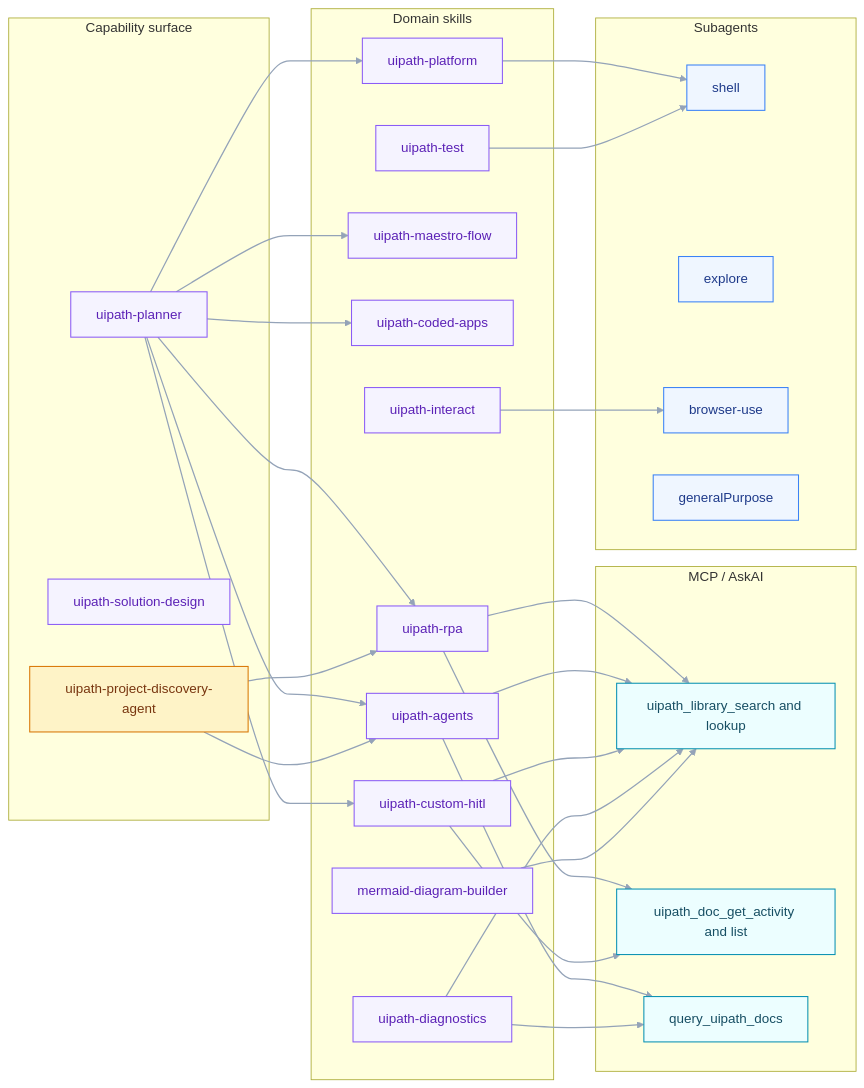
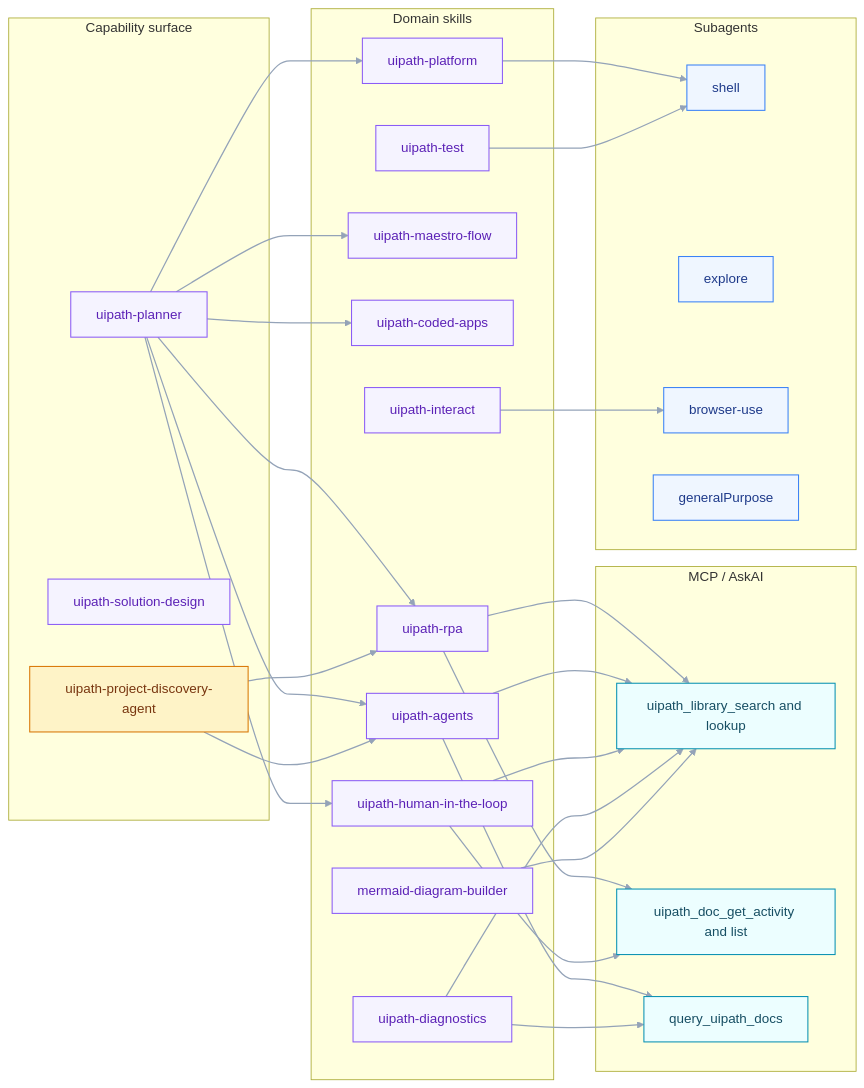
The second of 7 diagrams in templates/uiplan/_plan-template.md (DanielaRosenn/uiplan-agent-of-agents), drawn with Mermaid before and after one commit. The commit also changed other lines of this file and 10 other files, not shown here.

````diff
--- a/templates/uiplan/_plan-template.md
+++ b/templates/uiplan/_plan-template.md
@@ -235,47 +257,47 @@
 ```mermaid
 flowchart LR
   subgraph Capabilities["Capability surface"]
     Planner[uipath-planner]:::skill
     SolDesign[uipath-solution-design]:::skill
     Discovery[uipath-project-discovery-agent]:::agent
   end
   subgraph Domain["Domain skills"]
     RPA[uipath-rpa]:::skill
     Agents[uipath-agents]:::skill
     Flow[uipath-maestro-flow]:::skill
     Apps[uipath-coded-apps]:::skill
-    HITL[uipath-custom-hitl]:::skill
+    HITL[uipath-human-in-the-loop]:::skill
     Platform[uipath-platform]:::skill
     Diagnostics[uipath-diagnostics]:::skill
     Test[uipath-test]:::skill
     Interact[uipath-interact]:::skill
     Mermaid[mermaid-diagram-builder]:::skill
   end
   subgraph Tools["MCP / AskAI"]
     Library[uipath_library_search and lookup]:::tool
     ActivityDoc[uipath_doc_get_activity and list]:::tool
     AskAI[query_uipath_docs]:::tool
   end
   subgraph Subagents["Subagents"]
     Shell[shell]:::sub
     Explore[explore]:::sub
     Browser[browser-use]:::sub
     General[generalPurpose]:::sub
   end
   Planner --> RPA & Agents & Flow & Apps & HITL & Platform
   Discovery --> RPA & Agents
   RPA --> Library & ActivityDoc
   Agents --> Library & AskAI
   HITL --> Library & ActivityDoc
   Platform --> Shell
   Diagnostics --> Library & AskAI
   Test --> Shell
   Interact --> Browser
   Mermaid --> Library
 
   classDef skill fill:#F5F3FF,stroke:#8B5CF6,color:#5B21B6,stroke-width:1.25px
   classDef agent fill:#FEF3C7,stroke:#D97706,color:#78350F,stroke-width:1.25px
   classDef tool  fill:#ECFEFF,stroke:#0891B2,color:#164E63,stroke-width:1.25px
   classDef sub   fill:#EFF6FF,stroke:#3B82F6,color:#1E3A8A,stroke-width:1.25px
   linkStyle default stroke:#94A3B8,stroke-width:1.5px
 ```
````
